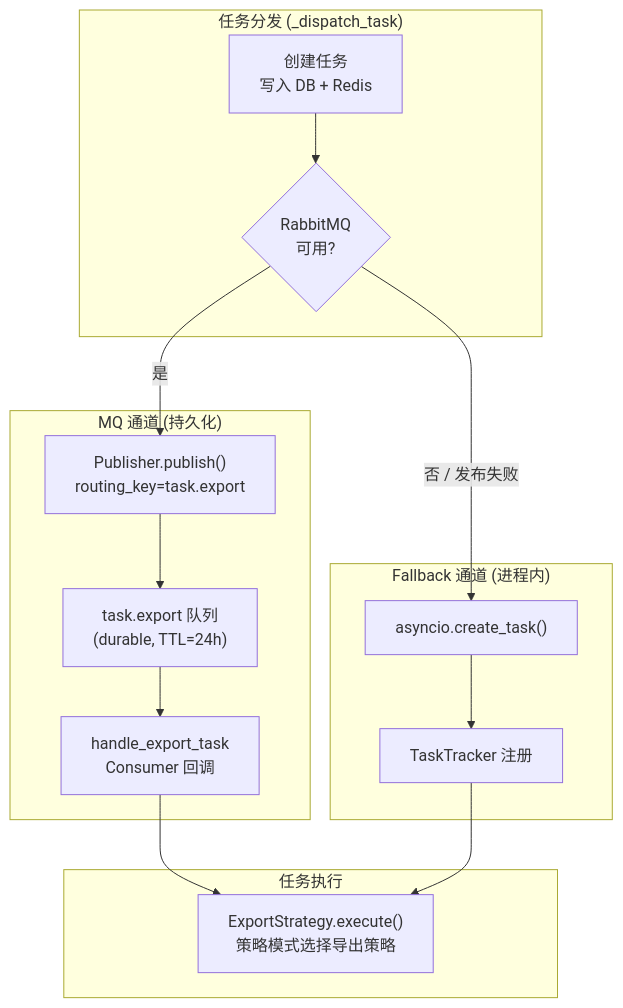
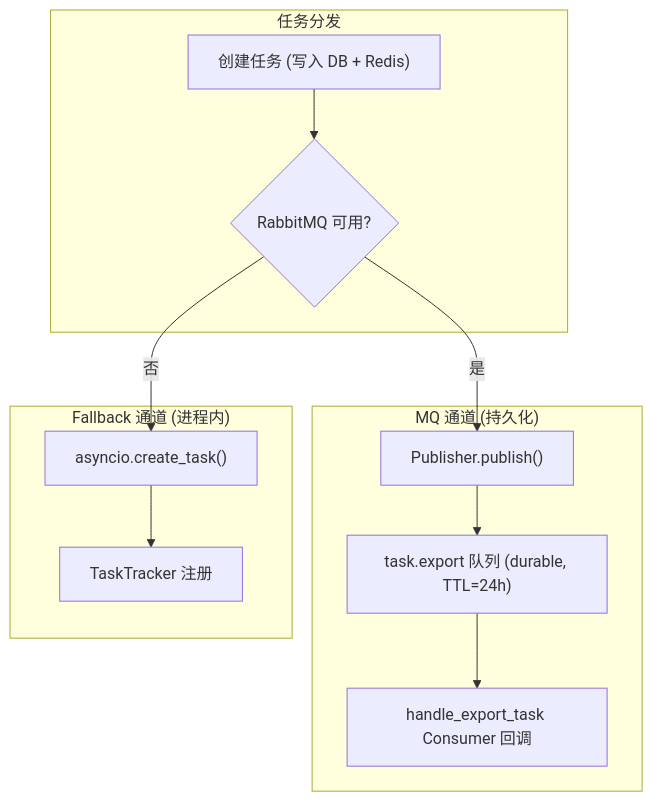
Before and after one commit to earthy-zinc/dehaze-system: the fifth of 10 diagrams in dehaze-doc/docs/04-项目实现/后端/03-Python算法服务架构文档.md, drawn with Mermaid. The commit also changed other lines of this file and 755 other files, not shown here.

````diff
--- a/dehaze-doc/docs/04-项目实现/后端/03-Python算法服务架构文档.md
+++ b/dehaze-doc/docs/04-项目实现/后端/03-Python算法服务架构文档.md
@@ -748,26 +202,22 @@
 ```mermaid
 flowchart TB
-    subgraph Dispatch["任务分发 (_dispatch_task)"]
-        Create["创建任务<br/>写入 DB + Redis"]
-        Check{"RabbitMQ<br/>可用?"}
+    subgraph Dispatch["任务分发"]
+        Create["创建任务 (写入 DB + Redis)"]
+        Check{"RabbitMQ 可用?"}
     end
 
     subgraph MQPath["MQ 通道 (持久化)"]
-        Publish["Publisher.publish()<br/>routing_key=task.export"]
-        Queue["task.export 队列<br/>(durable, TTL=24h)"]
-        Handler["handle_export_task<br/>Consumer 回调"]
+        Publish["Publisher.publish()"]
+        Queue["task.export 队列 (durable, TTL=24h)"]
+        Handler["handle_export_task Consumer 回调"]
     end
 
     subgraph FallbackPath["Fallback 通道 (进程内)"]
         AsyncTask["asyncio.create_task()"]
         Tracker["TaskTracker 注册"]
     end
 
-    subgraph Execute["任务执行"]
-        Strategy["ExportStrategy.execute()<br/>策略模式选择导出策略"]
-    end
-
     Create --> Check
-    Check -->|"是"| Publish --> Queue --> Handler --> Strategy
-    Check -->|"否 / 发布失败"| AsyncTask --> Tracker --> Strategy
+    Check -->|是| Publish --> Queue --> Handler
+    Check -->|否| AsyncTask --> Tracker
 ```
````
